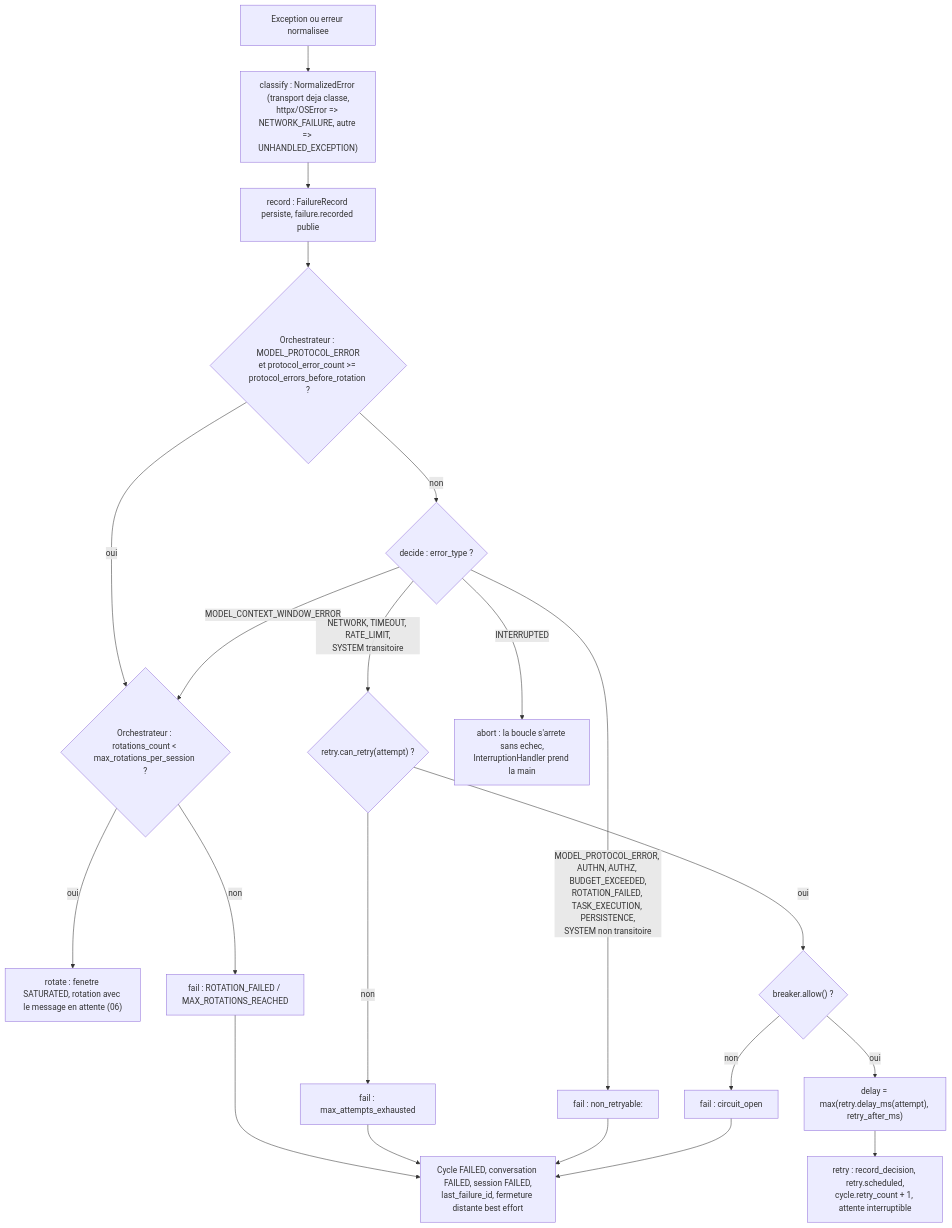
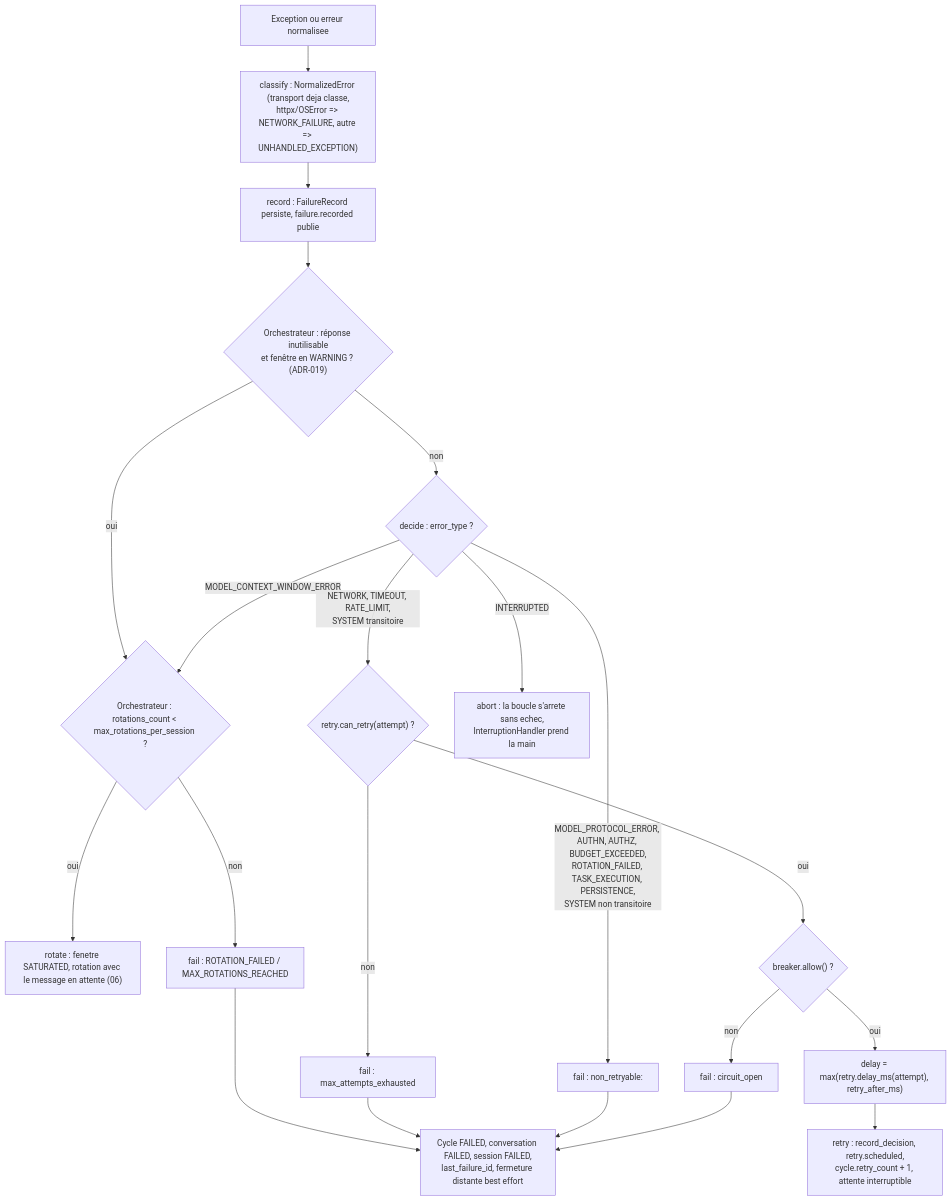
The second of 5 diagrams in docs/architecture/05-transport-and-failures.md (moabidi91/agentic-local-app), drawn with Mermaid before and after one commit. The commit also changed other lines of this file and 26 other files, not shown here.

````diff
--- a/docs/architecture/05-transport-and-failures.md
+++ b/docs/architecture/05-transport-and-failures.md
@@ -123,20 +123,20 @@
 ```mermaid
 flowchart TD
     E["Exception ou erreur normalisee"] --> CL["classify : NormalizedError (transport deja classe,<br/>httpx/OSError => NETWORK_FAILURE, autre => UNHANDLED_EXCEPTION)"]
     CL --> REC["record : FailureRecord persiste, failure.recorded publie"]
-    REC --> PRE{"Orchestrateur : MODEL_PROTOCOL_ERROR<br/>et protocol_error_count >= protocol_errors_before_rotation ?"}
+    REC --> PRE{"Orchestrateur : réponse inutilisable<br/>et fenêtre en WARNING ? (ADR-019)"}
     PRE -- oui --> ROT
     PRE -- non --> T{"decide : error_type ?"}
     T -- "MODEL_CONTEXT_WINDOW_ERROR" --> ROT{"Orchestrateur : rotations_count < max_rotations_per_session ?"}
     ROT -- oui --> DR["rotate : fenetre SATURATED, rotation avec le message en attente (06)"]
     ROT -- non --> DF1["fail : ROTATION_FAILED / MAX_ROTATIONS_REACHED"]
     T -- "NETWORK, TIMEOUT, RATE_LIMIT,<br/>SYSTEM transitoire" --> ATT{"retry.can_retry(attempt) ?"}
     ATT -- non --> DF2["fail : max_attempts_exhausted"]
     ATT -- oui --> BRK{"breaker.allow() ?"}
     BRK -- non --> DF4["fail : circuit_open"]
     BRK -- oui --> DELAY["delay = max(retry.delay_ms(attempt), retry_after_ms)"]
     DELAY --> DRT["retry : record_decision, retry.scheduled,<br/>cycle.retry_count + 1, attente interruptible"]
     T -- "INTERRUPTED" --> DA["abort : la boucle s'arrete sans echec,<br/>InterruptionHandler prend la main"]
     T -- "MODEL_PROTOCOL_ERROR, AUTHN, AUTHZ, BUDGET_EXCEEDED,<br/>ROTATION_FAILED, TASK_EXECUTION, PERSISTENCE,<br/>SYSTEM non transitoire" --> DF3["fail : non_retryable:<error_type>"]
     DF1 & DF2 & DF3 & DF4 --> FAIL["Cycle FAILED, conversation FAILED, session FAILED,<br/>last_failure_id, fermeture distante best effort"]
 ```
````
